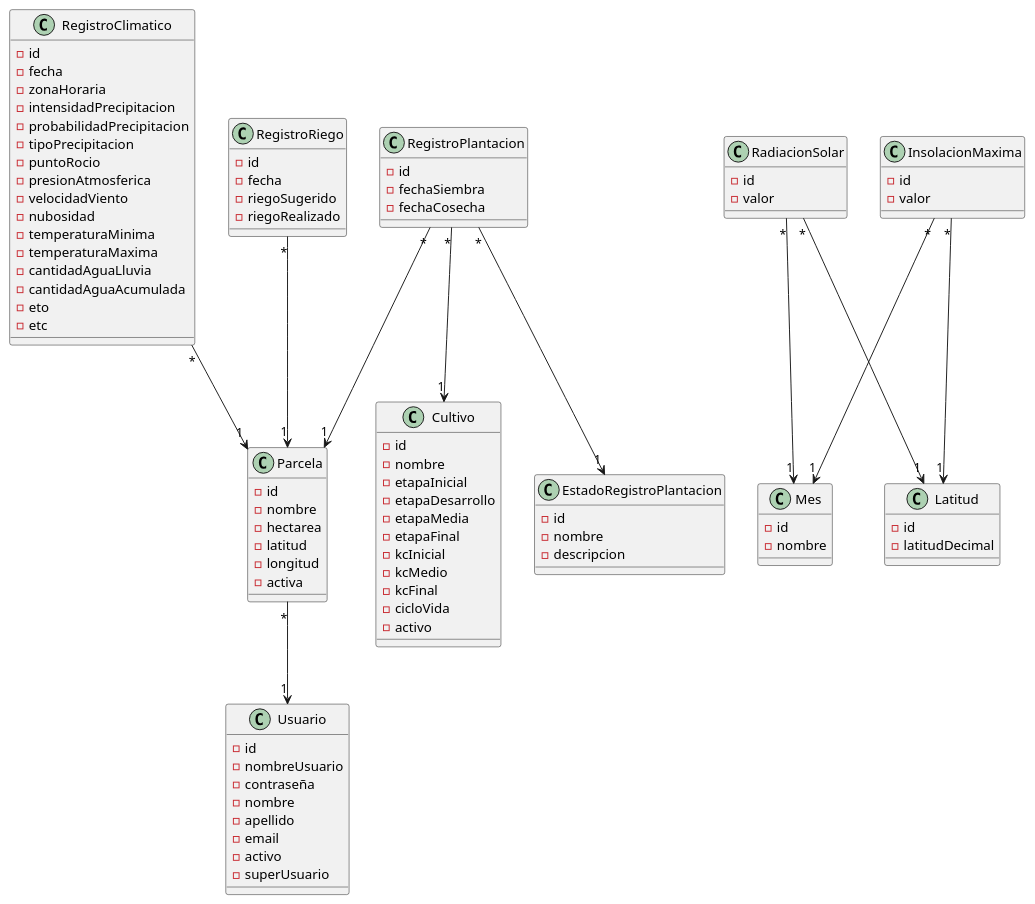
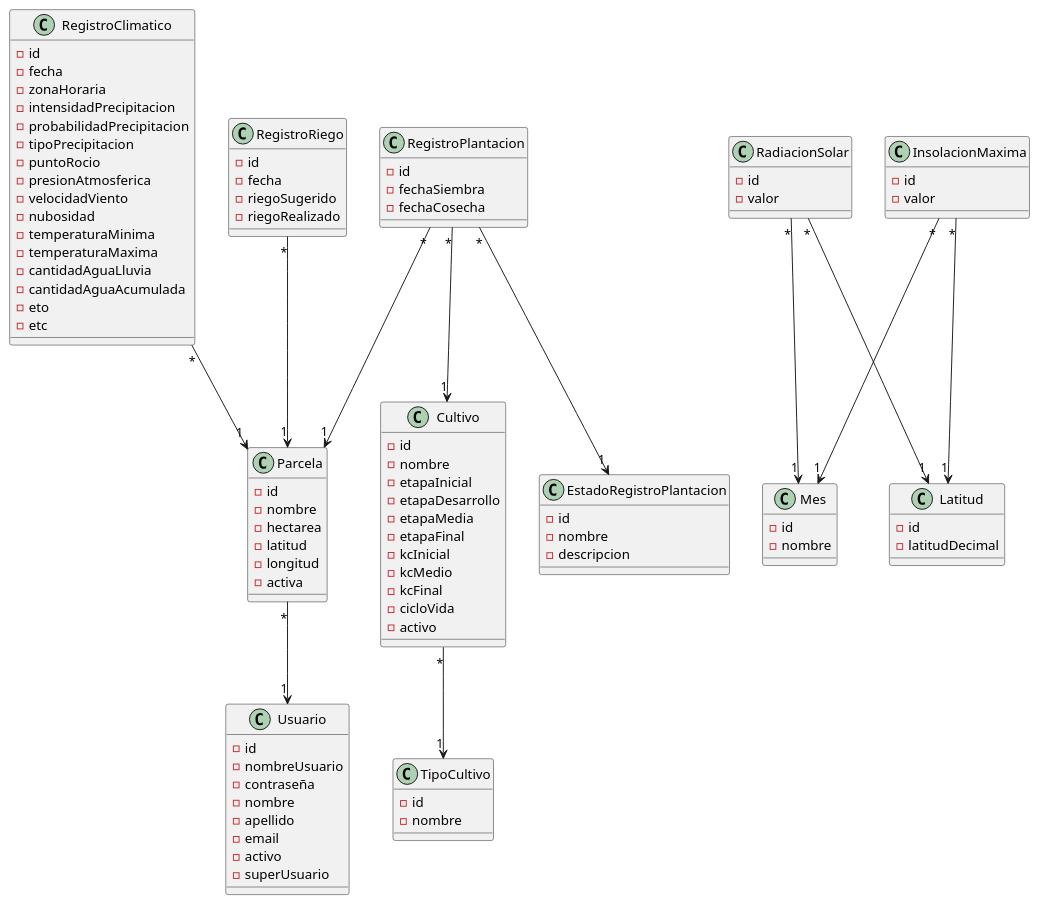
One commit to facundopaez-dev/sistema-web-riego changed the diagram in domain model/Modelo de dominio.pu. Above: the diagram before and after it, drawn with PlantUML. The commit also changed 22 other files, not shown here.

```diff
--- a/domain model/Modelo de dominio.pu
+++ b/domain model/Modelo de dominio.pu
@@ -1,106 +1,112 @@
 @startuml
 
 Parcela "*"-->"1" Usuario
 RegistroClimatico "*"-->"1" Parcela
 RegistroRiego "*"-->"1" Parcela
 RegistroPlantacion "*"-->"1" Parcela
 RegistroPlantacion "*"-->"1" Cultivo
 RegistroPlantacion "*"-->"1" EstadoRegistroPlantacion
 RadiacionSolar "*"-->"1" Mes
 RadiacionSolar "*"-->"1" Latitud
 InsolacionMaxima "*"-->"1" Mes
 InsolacionMaxima "*"-->"1" Latitud
+Cultivo "*"-->"1" TipoCultivo
 
 class Parcela {
 -id
 -nombre
 -hectarea
 -latitud
 -longitud
 -activa
 }
 
 class Cultivo {
 -id
 -nombre
 -etapaInicial
 -etapaDesarrollo
 -etapaMedia
 -etapaFinal
 -kcInicial
 -kcMedio
 -kcFinal
 -cicloVida
 -activo
+}
+
+class TipoCultivo {
+-id
+-nombre
 }
 
 class RegistroClimatico {
 -id
 -fecha
 -zonaHoraria
 -intensidadPrecipitacion
 -probabilidadPrecipitacion
 -tipoPrecipitacion
 -puntoRocio
 -presionAtmosferica
 -velocidadViento
 -nubosidad
 -temperaturaMinima
 -temperaturaMaxima
 -cantidadAguaLluvia
 -cantidadAguaAcumulada
 -eto
 -etc
 }
 
 class RegistroPlantacion {
 -id
 -fechaSiembra
 -fechaCosecha
 }
 
 class RegistroRiego {
 -id
 -fecha
 -riegoSugerido
 -riegoRealizado
 }
 
 class Usuario {
 -id
 -nombreUsuario
 -contraseña
 -nombre
 -apellido
 -email
 -activo
 -superUsuario
 }
 
 class EstadoRegistroPlantacion {
 -id
 -nombre
 -descripcion
 }
 
 class Mes {
 -id
 -nombre
 }
 
 class Latitud {
 -id
 -latitudDecimal
 }
 
 class RadiacionSolar {
 -id
 -valor
 }
 
 class InsolacionMaxima {
 -id
 -valor
 }
 
 @enduml
```
